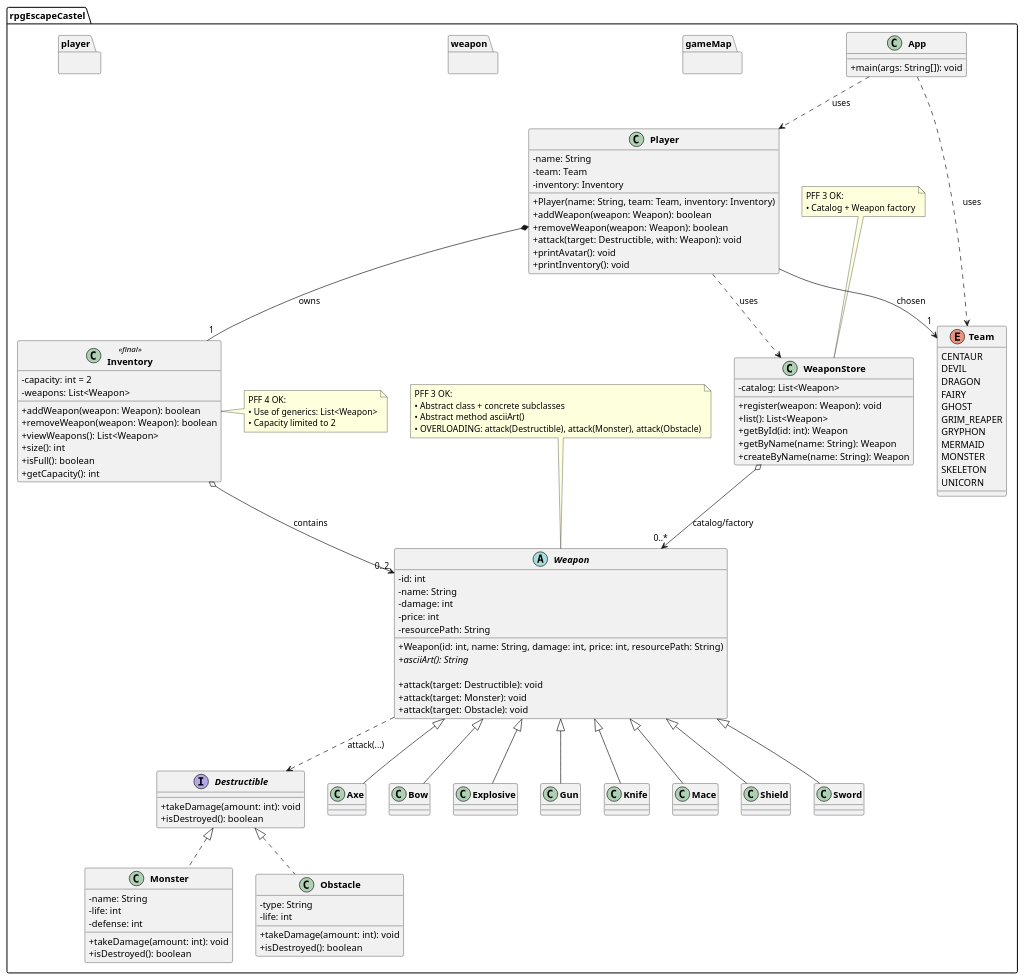
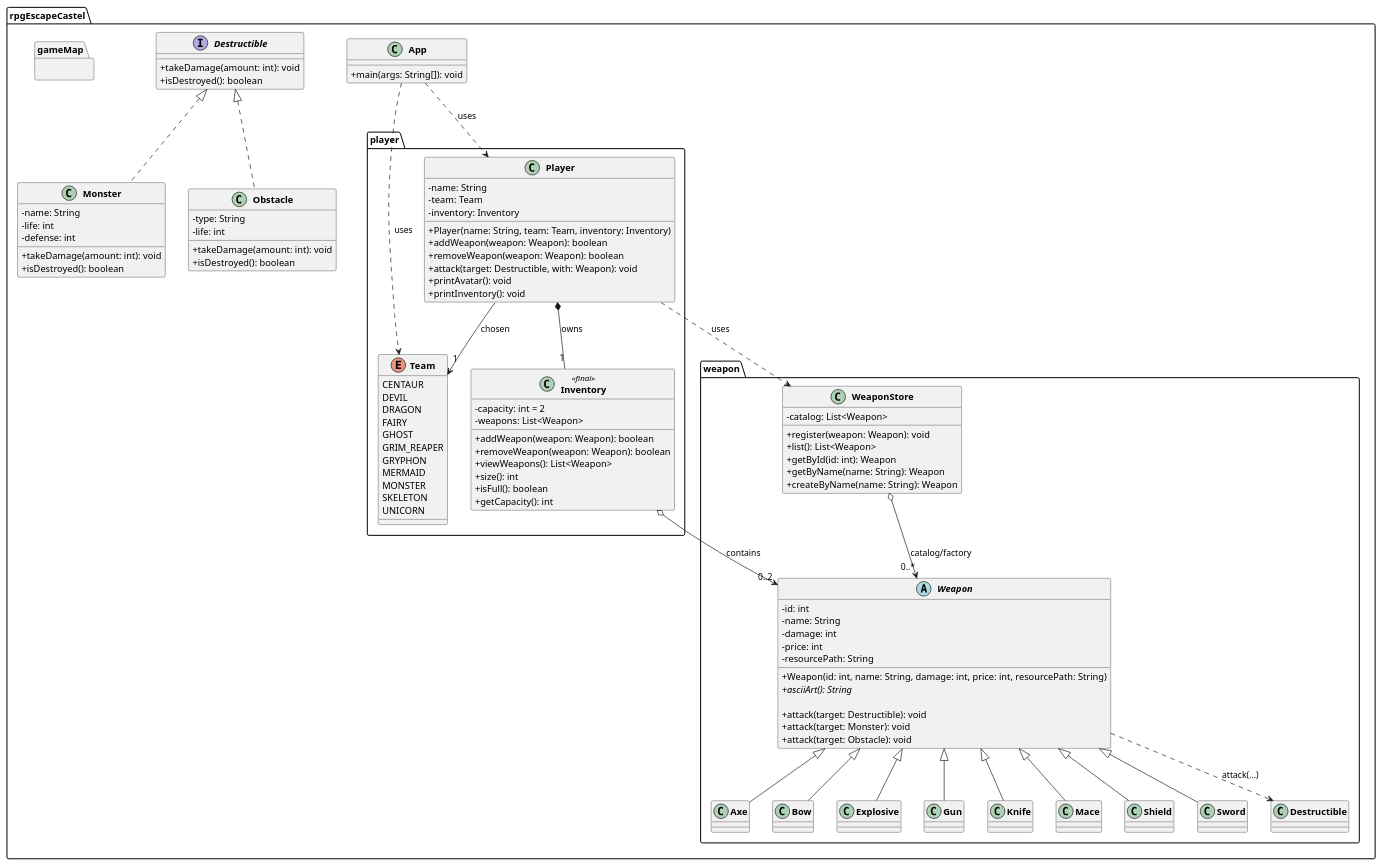
The diagram in diagram.puml (edusilvaramos/EscapeCastel), drawn with PlantUML before and after one commit. The commit also changed 13 other files, not shown here.

```diff
--- a/diagram.puml
+++ b/diagram.puml
@@ -1,150 +1,123 @@
-@startuml 
+@startuml
 skinparam classAttributeIconSize 0
 skinparam classFontStyle bold
 
-
-
 package rpgEscapeCastel {
-
-    package gameMap {}
-    package weapon {}
-    package player {}
-
-    ' ======================='
-    ' Enumerations / App'
-    ' ======================='
-    enum Team {
-        CENTAUR
-        DEVIL
-        DRAGON
-        FAIRY
-        GHOST
-        GRIM_REAPER
-        GRYPHON
-        MERMAID
-        MONSTER
-        SKELETON
-        UNICORN
-    }
-
     class App {
         + main(args: String[]): void
     }
 
-    ' ======================='
-    ' PFF 3 Core'
-    ' ======================='
+    package gameMap {}
+
+    package weapon {
+        abstract class Weapon {
+            - id: int
+            - name: String
+            - damage: int
+            - price: int
+            - resourcePath: String
+            + Weapon(id: int, name: String, damage: int, price: int, resourcePath: String)
+            {abstract} + asciiArt(): String
+
+            ' OVERLOADING (PFF 3)'
+            + attack(target: Destructible): void
+            + attack(target: Monster): void
+            + attack(target: Obstacle): void
+        }
+
+        class Axe extends Weapon
+        class Bow extends Weapon
+        class Explosive extends Weapon
+        class Gun extends Weapon
+        class Knife extends Weapon
+        class Mace extends Weapon
+        class Shield extends Weapon
+        class Sword extends Weapon
+
+        Weapon ..> Destructible : attack(...)
+
+        class WeaponStore {
+            - catalog: List<Weapon>
+            + register(weapon: Weapon): void
+            + list(): List<Weapon>
+            + getById(id: int): Weapon
+            + getByName(name: String): Weapon
+            + createByName(name: String): Weapon
+        }
+
+        WeaponStore o--> "0..*" Weapon : catalog/factory
+
+    }
+    package player {
+
+        enum Team {
+            CENTAUR
+            DEVIL
+            DRAGON
+            FAIRY
+            GHOST
+            GRIM_REAPER
+            GRYPHON
+            MERMAID
+            MONSTER
+            SKELETON
+            UNICORN
+        }
+        class Inventory <<final>> {
+            - capacity: int = 2
+            - weapons: List<Weapon>
+            + addWeapon(weapon: Weapon): boolean
+            + removeWeapon(weapon: Weapon): boolean
+            + viewWeapons(): List<Weapon>
+            + size(): int
+            + isFull(): boolean
+            + getCapacity(): int
+        }
+
+        class Player {
+            - name: String
+            - team: Team
+            - inventory: Inventory
+            + Player(name: String, team: Team, inventory: Inventory)
+            + addWeapon(weapon: Weapon): boolean
+            + removeWeapon(weapon: Weapon): boolean
+            + attack(target: Destructible, with: Weapon): void
+            + printAvatar(): void
+            + printInventory(): void
+        }
+    }
+
     interface Destructible {
         + takeDamage(amount: int): void
         + isDestroyed(): boolean
     }
 
     class Monster implements Destructible {
         - name: String
         - life: int
         - defense: int
         + takeDamage(amount: int): void
         + isDestroyed(): boolean
     }
 
     class Obstacle implements Destructible {
         - type: String
         - life: int
         + takeDamage(amount: int): void
         + isDestroyed(): boolean
     }
 
-    abstract class Weapon {
-        - id: int
-        - name: String
-        - damage: int
-        - price: int
-        - resourcePath: String
-        + Weapon(id: int, name: String, damage: int, price: int, resourcePath: String)
-        {abstract} + asciiArt(): String
-
-        ' OVERLOADING (PFF 3)'
-        + attack(target: Destructible): void
-        + attack(target: Monster): void
-        + attack(target: Obstacle): void
-    }
-
-    class Axe extends Weapon
-    class Bow extends Weapon
-    class Explosive extends Weapon
-    class Gun extends Weapon
-    class Knife extends Weapon
-    class Mace extends Weapon
-    class Shield extends Weapon
-    class Sword extends Weapon
 
 
-    Weapon ..> Destructible : attack(...)
 
-    class WeaponStore {
-        - catalog: List<Weapon>
-        + register(weapon: Weapon): void
-        + list(): List<Weapon>
-        + getById(id: int): Weapon
-        + getByName(name: String): Weapon
-        + createByName(name: String): Weapon
-    }
 
-    WeaponStore o--> "0..*" Weapon : catalog/factory
 
-    ' ======================='
-    ' Player + Inventory (PFF 4 generics)'
-    ' ======================='
-    class Inventory <<final>> {
-        - capacity: int = 2
-        - weapons: List<Weapon>
-        + addWeapon(weapon: Weapon): boolean
-        + removeWeapon(weapon: Weapon): boolean
-        + viewWeapons(): List<Weapon>
-        + size(): int
-        + isFull(): boolean
-        + getCapacity(): int
-    }
-
-    class Player {
-        - name: String
-        - team: Team
-        - inventory: Inventory
-        + Player(name: String, team: Team, inventory: Inventory)
-        + addWeapon(weapon: Weapon): boolean
-        + removeWeapon(weapon: Weapon): boolean
-        + attack(target: Destructible, with: Weapon): void
-        + printAvatar(): void
-        + printInventory(): void
-    }
 
     Player *-- "1" Inventory : owns
     Inventory o--> "0..2" Weapon : contains
     Player --> "1" Team : chosen
     Player ..> WeaponStore : uses
     App ..> Player : uses
     App ..> Team : uses
-
-    ' ======================='
-    ' Compliance notes'
-    ' ======================='
-    note top of Weapon
-        PFF 3 OK:
-        • Abstract class + concrete subclasses
-        • Abstract method asciiArt()
-        • OVERLOADING: attack(Destructible), attack(Monster), attack(Obstacle)
-    end note
-
-    note top of WeaponStore
-        PFF 3 OK:
-        • Catalog + Weapon factory
-    end note
-
-    note right of Inventory
-        PFF 4 OK:
-        • Use of generics: List<Weapon>
-        • Capacity limited to 2
-    end note
-
 }
 @enduml
```
